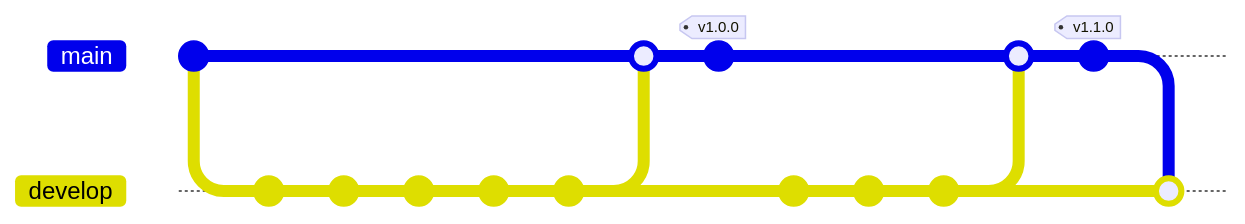
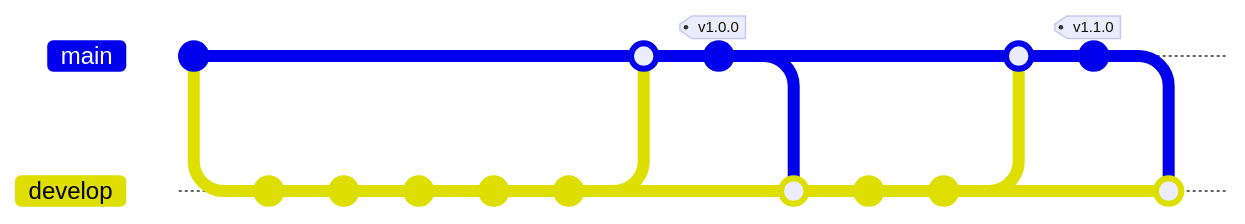
One commit to wp-graphql/automation-tests changed the tenth of 10 diagrams in docs/WORKFLOW_VISUALIZATION.md. Above: the diagram before and after it, drawn with Mermaid. Commit ids are hidden.

Commit message:
- update gitGraph

````diff
--- a/docs/WORKFLOW_VISUALIZATION.md
+++ b/docs/WORKFLOW_VISUALIZATION.md
@@ -199,23 +199,23 @@
 ```mermaid
 gitGraph
-    commit
+    commit id: "Initial commit"
     branch develop
     checkout develop
-    commit
-    commit
-    commit
-    commit
-    commit
+    commit id: "Feature 1"
+    commit id: "Feature 2"
+    commit id: "Generate changeset for Feature 2"
+    commit id: "Feature 3"
+    commit id: "Generate changeset for Feature 3"
     checkout main
     merge develop
-    commit tag: "v1.0.0"
+    commit tag: "v1.0.0" id: "v1.0.0"
     checkout develop
-    commit
-    commit
-    commit
+    merge main id: "Sync v1.0.0 back to develop"
+    commit id: "Feature 4"
+    commit id: "Generate changeset for Feature 4"
     checkout main
     merge develop
-    commit tag: "v1.1.0"
+    commit tag: "v1.1.0" id: "v1.1.0"
     checkout develop
-    merge main
+    merge main id: "Sync v1.1.0 back to develop"
 ```
````
